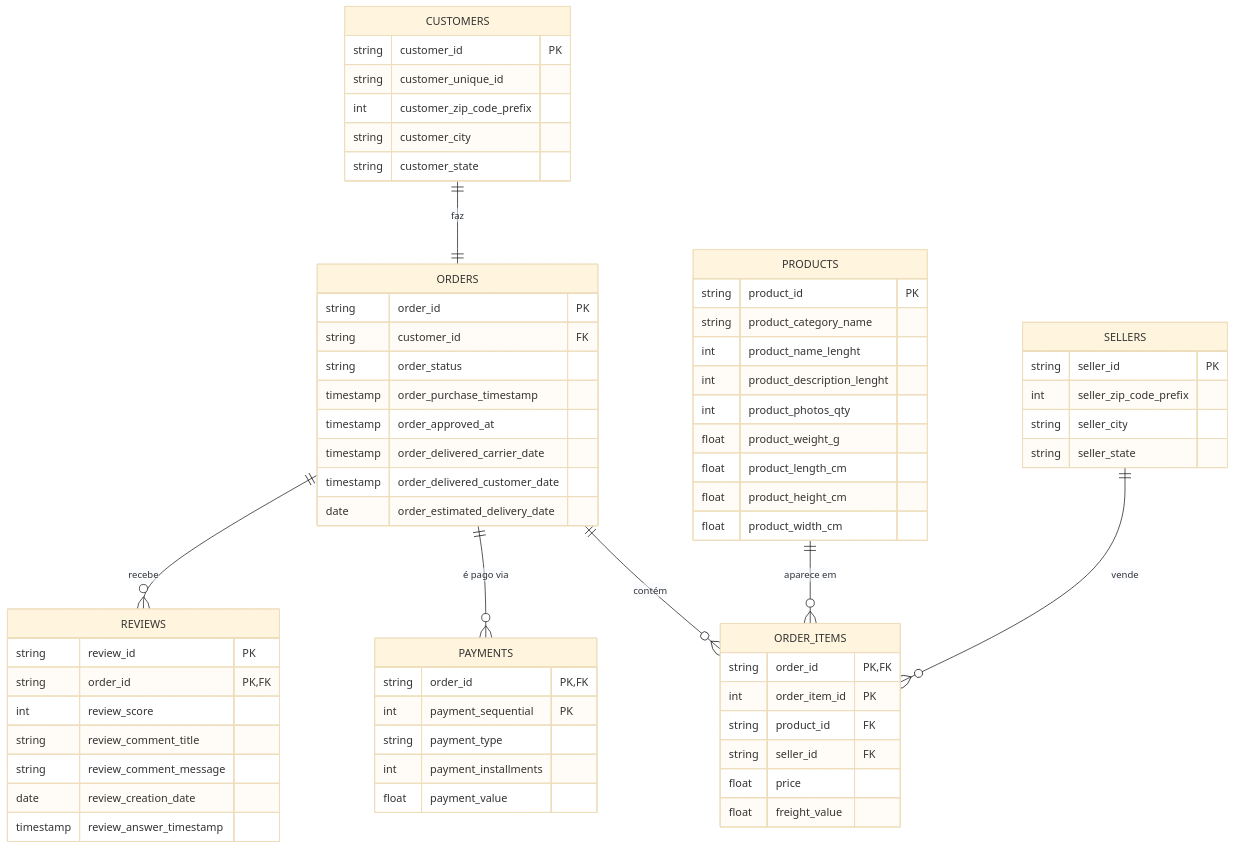
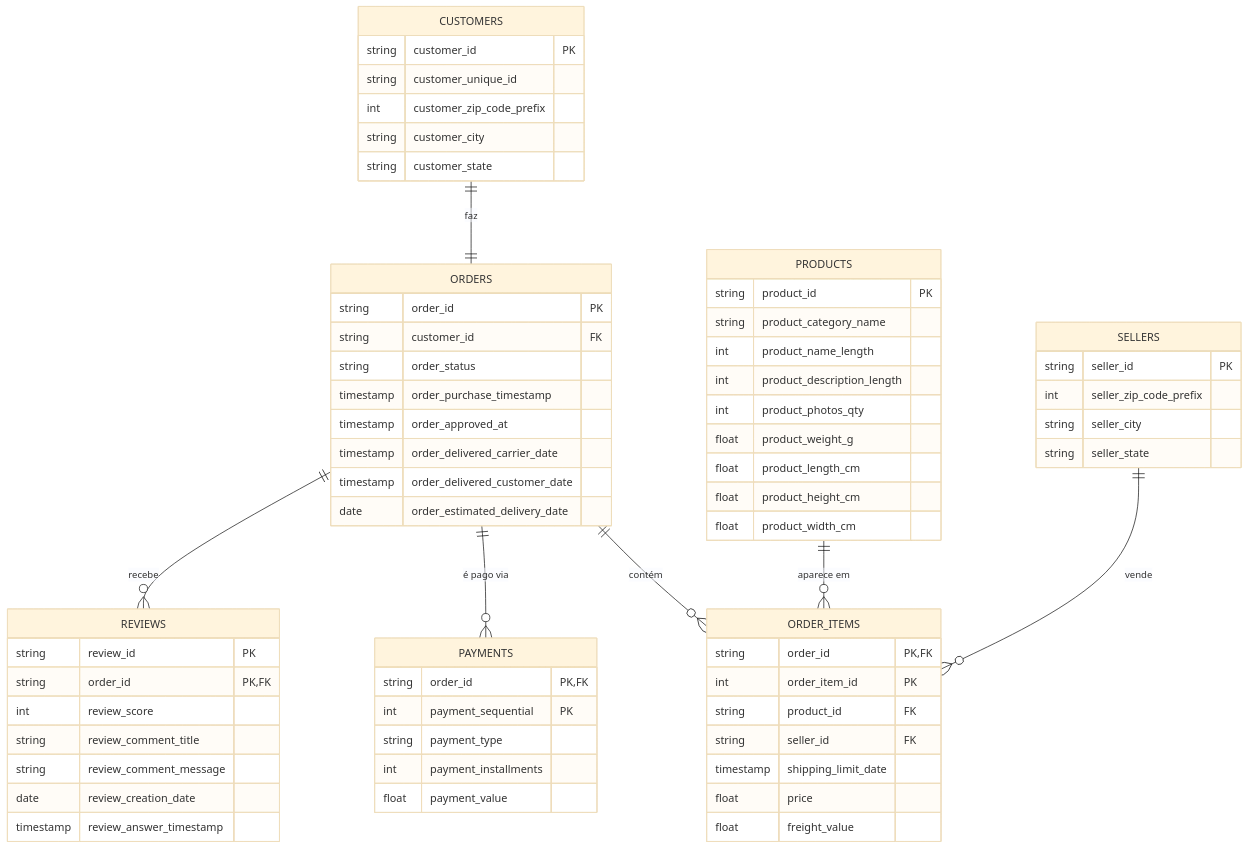
One commit to suecm03/brazilian_ecommerce changed the diagram in docs/erd.md. Above: the diagram before and after it, drawn with Mermaid (base theme).

Commit message:
docs: correção de ERD, com inclusão da coluna shipping_limit_date na tabela order_items e correção do nome das colunas em products

````diff
--- a/docs/erd.md
+++ b/docs/erd.md
@@ -5,75 +5,76 @@
 ```mermaid
 erDiagram
 
     ORDER_ITEMS {
         string order_id PK, FK
         int order_item_id PK
         string product_id FK
         string seller_id FK
+        timestamp shipping_limit_date
         float price
         float freight_value
     }
 
     PAYMENTS {
         string order_id PK, FK
         int payment_sequential PK
         string payment_type
         int payment_installments
         float payment_value
     }
 
     REVIEWS {
         string review_id PK
         string order_id PK, FK
         int review_score
         string review_comment_title
         string review_comment_message
         date review_creation_date
         timestamp review_answer_timestamp
     }
 
     ORDERS {
         string order_id PK
         string customer_id FK
         string order_status
         timestamp order_purchase_timestamp
         timestamp order_approved_at
         timestamp order_delivered_carrier_date
         timestamp order_delivered_customer_date
         date order_estimated_delivery_date
     }
 
     CUSTOMERS {
         string customer_id PK
         string customer_unique_id
         int customer_zip_code_prefix
         string customer_city
         string customer_state
     }
 
     PRODUCTS {
         string product_id PK
         string product_category_name
-        int product_name_lenght
-        int product_description_lenght
+        int product_name_length
+        int product_description_length
         int product_photos_qty
         float product_weight_g
         float product_length_cm
         float product_height_cm
         float product_width_cm
     }
 
     SELLERS {
         string seller_id PK
         int seller_zip_code_prefix
         string seller_city
         string seller_state
     }
 
     CUSTOMERS ||--|| ORDERS : "faz"
     ORDERS ||--o{ ORDER_ITEMS : "contém"
     PRODUCTS ||--o{ ORDER_ITEMS : "aparece em"
     SELLERS ||--o{ ORDER_ITEMS : "vende"
     ORDERS ||--o{ PAYMENTS : "é pago via"
     ORDERS ||--o{ REVIEWS : "recebe"
 ```
````
